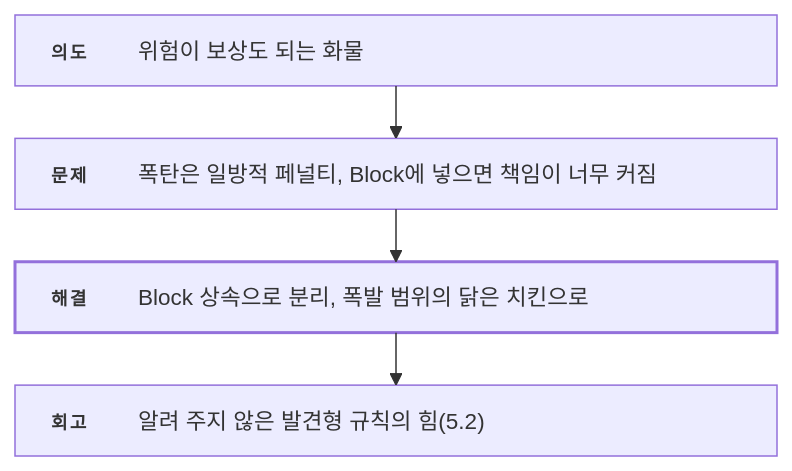
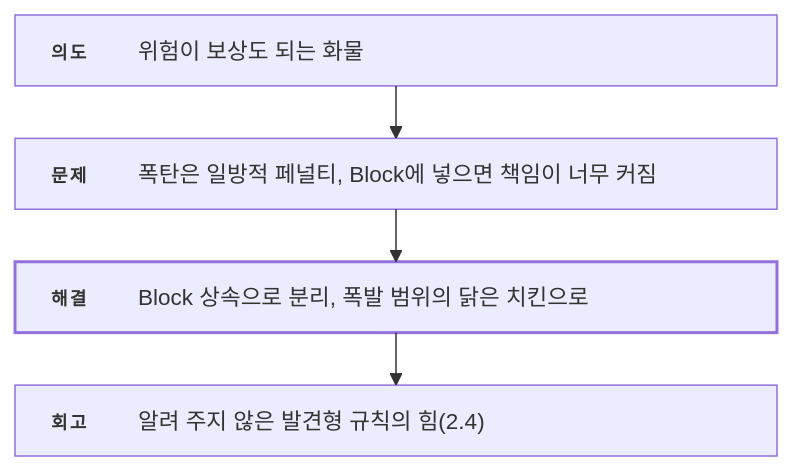
Before and after one commit to ashadeveloperr/ashadeveloperr.github.io: the sixth of 7 diagrams in src/2-project-babel/기술문서.md, drawn with Mermaid. The commit also changed other lines of this file and 8 other files, not shown here.

````diff
--- a/src/2-project-babel/기술문서.md
+++ b/src/2-project-babel/기술문서.md
@@ -456,18 +436,18 @@
 ```mermaid
 ---
 config:
   layout: elk
   flowchart:
     wrappingWidth: 520
     padding: 12
 ---
 flowchart TB
   %% feature-flow — _local/flow-diagrams.py가 만듦
   I["<div style='width:460px;display:flex;gap:14px;align-items:baseline;text-align:left;white-space:normal'><span style='flex:0 0 44px;padding-top:2px;font-size:12px;font-weight:700;letter-spacing:.12em;color:var(--accent-ink)'>의도</span><span style='flex:1;font-size:15px;line-height:1.55;color:var(--ink)'>위험이 보상도 되는 화물</span></div>"]
   P["<div style='width:460px;display:flex;gap:14px;align-items:baseline;text-align:left;white-space:normal'><span style='flex:0 0 44px;padding-top:2px;font-size:12px;font-weight:700;letter-spacing:.12em;color:var(--accent-ink)'>문제</span><span style='flex:1;font-size:15px;line-height:1.55;color:var(--ink)'>폭탄은 일방적 페널티, Block에 넣으면 책임이 너무 커짐</span></div>"]
   S["<div style='width:460px;display:flex;gap:14px;align-items:baseline;text-align:left;white-space:normal'><span style='flex:0 0 44px;padding-top:2px;font-size:12px;font-weight:700;letter-spacing:.12em;color:var(--accent-ink)'>해결</span><span style='flex:1;font-size:15px;line-height:1.55;color:var(--ink)'>Block 상속으로 분리, 폭발 범위의 닭은 치킨으로</span></div>"]
-  R["<div style='width:460px;display:flex;gap:14px;align-items:baseline;text-align:left;white-space:normal'><span style='flex:0 0 44px;padding-top:2px;font-size:12px;font-weight:700;letter-spacing:.12em;color:var(--accent-ink)'>회고</span><span style='flex:1;font-size:15px;line-height:1.55;color:var(--ink)'>알려 주지 않은 발견형 규칙의 힘(5.2)</span></div>"]
+  R["<div style='width:460px;display:flex;gap:14px;align-items:baseline;text-align:left;white-space:normal'><span style='flex:0 0 44px;padding-top:2px;font-size:12px;font-weight:700;letter-spacing:.12em;color:var(--accent-ink)'>회고</span><span style='flex:1;font-size:15px;line-height:1.55;color:var(--ink)'>알려 주지 않은 발견형 규칙의 힘(2.4)</span></div>"]
   I --> P --> S --> R
   classDef key stroke-width:2px
   class S key
 ```
````
